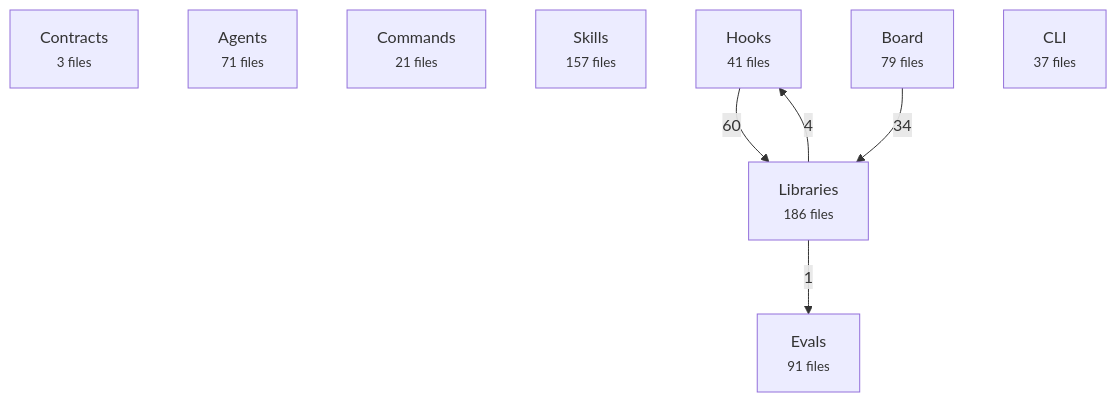
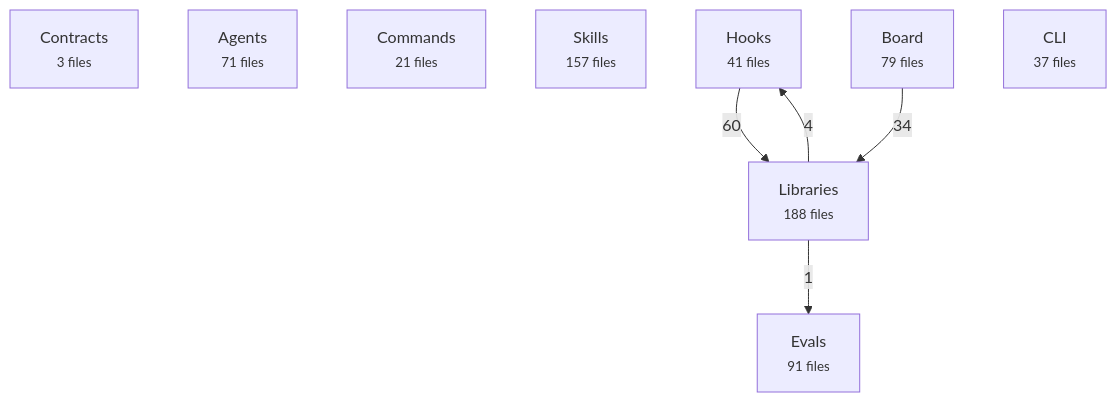
Before and after one commit to avelikiy/great_cto: the first of 2 diagrams in docs/reference/architecture-map.md, drawn with Mermaid. The commit also changed other lines of this file and 6 other files, not shown here.

````diff
--- a/docs/reference/architecture-map.md
+++ b/docs/reference/architecture-map.md
@@ -20,16 +20,16 @@
 ```mermaid
 flowchart TD
   contracts["Contracts<br/><small>3 files</small>"]
   agents["Agents<br/><small>71 files</small>"]
   commands["Commands<br/><small>21 files</small>"]
   skills["Skills<br/><small>157 files</small>"]
   hooks["Hooks<br/><small>41 files</small>"]
-  libs["Libraries<br/><small>186 files</small>"]
+  libs["Libraries<br/><small>188 files</small>"]
   board["Board<br/><small>79 files</small>"]
   cli["CLI<br/><small>37 files</small>"]
   evals["Evals<br/><small>91 files</small>"]
   hooks -->|60| libs
   board -->|34| libs
   libs -->|4| hooks
   libs -->|1| evals
 ```
````
